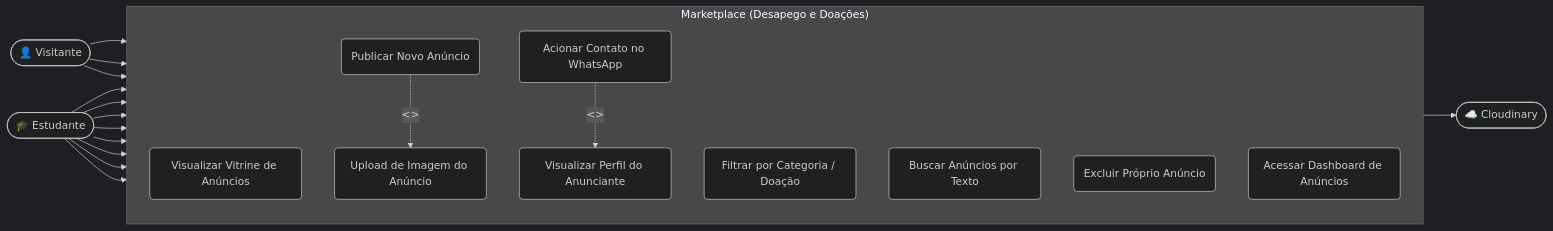
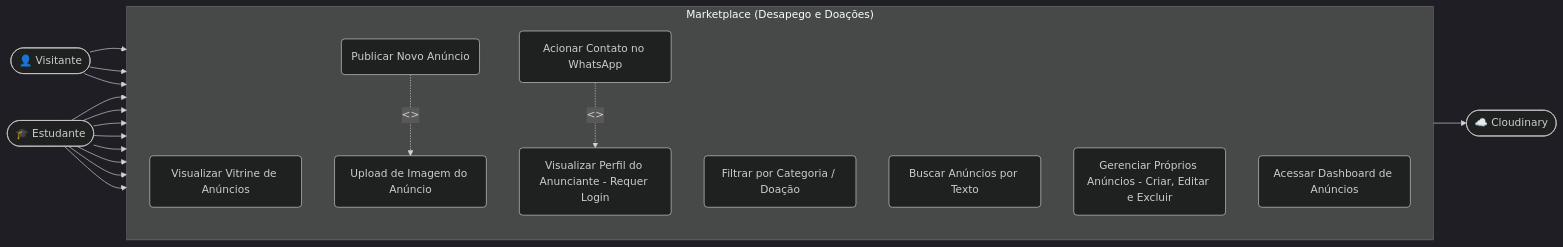
One commit to UNIFOR-Samuel-Barbosa/ReCircula changed the third of 3 diagrams in Docs/arquitetura/diagramas/casos_de_uso.md. Above: the diagram before and after it, drawn with Mermaid (dark theme). The commit also changed other lines of this file and 4 other files, not shown here.

````diff
--- a/Docs/arquitetura/diagramas/casos_de_uso.md
+++ b/Docs/arquitetura/diagramas/casos_de_uso.md
@@ -106,36 +112,38 @@
 ```mermaid
 flowchart LR
     Visitante(["👤 Visitante"])
     Estudante(["🎓 Estudante"])
     Cloudinary(["☁️ Cloudinary"])
 
     subgraph "Marketplace (Desapego e Doações)"
         direction TB
         UC1(Visualizar Vitrine de Anúncios)
         UC2(Filtrar por Categoria / Doação)
         UC3(Buscar Anúncios por Texto)
         UC4(Publicar Novo Anúncio)
         UC5(Upload de Imagem do Anúncio)
-        UC6(Excluir Próprio Anúncio)
+        UC6(Gerenciar Próprios Anúncios - Criar, Editar e Excluir)
         UC7(Acessar Dashboard de Anúncios)
-        UC8(Visualizar Perfil do Anunciante)
+        UC8(Visualizar Perfil do Anunciante - Requer Login)
         UC9(Acionar Contato no WhatsApp)
     end
 
     Visitante --> UC1
     Visitante --> UC2
     Visitante --> UC3
 
     Estudante --> UC1
     Estudante --> UC2
     Estudante --> UC3
     Estudante --> UC4
     Estudante --> UC6
     Estudante --> UC7
     Estudante --> UC8
     Estudante --> UC9
 
+    %% Visitantes consultam anuncios, mas nao perfis ou contatos
+
     UC4 -. "<<include>>" .-> UC5
     UC5 --> Cloudinary
     UC9 -. "<<extend>>" .-> UC8
 ```
````
